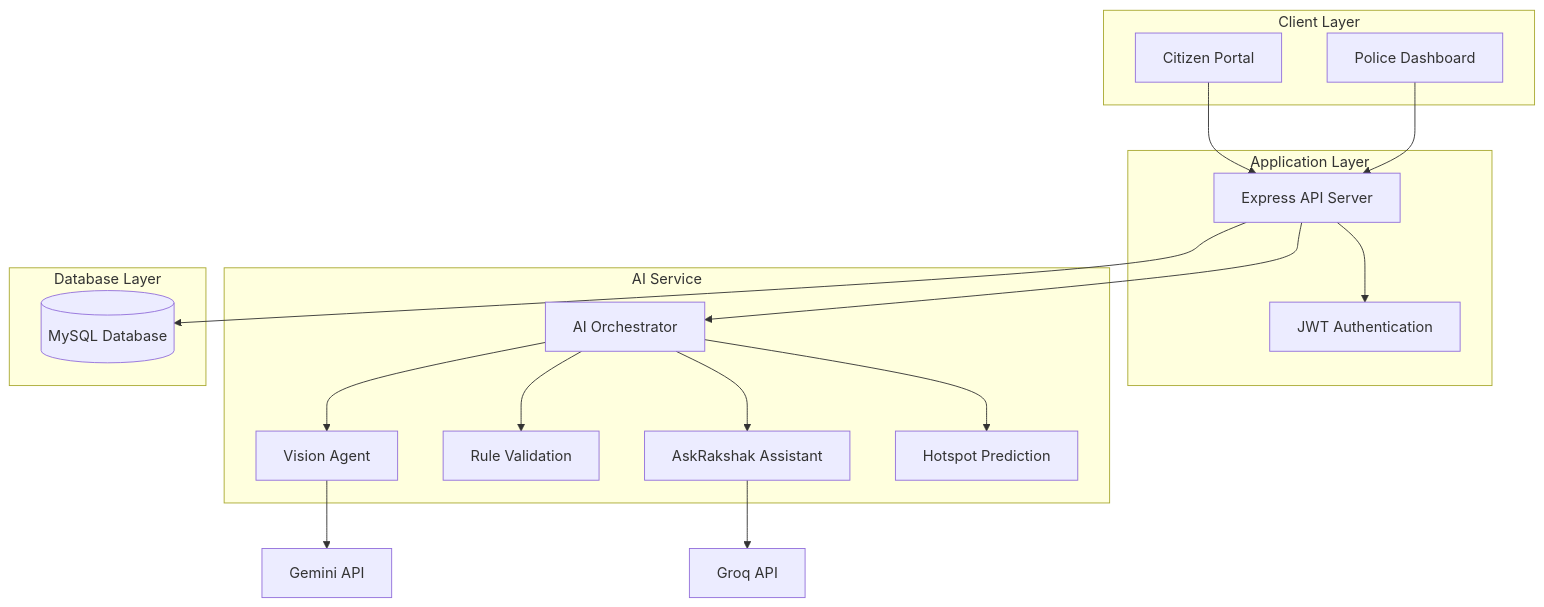
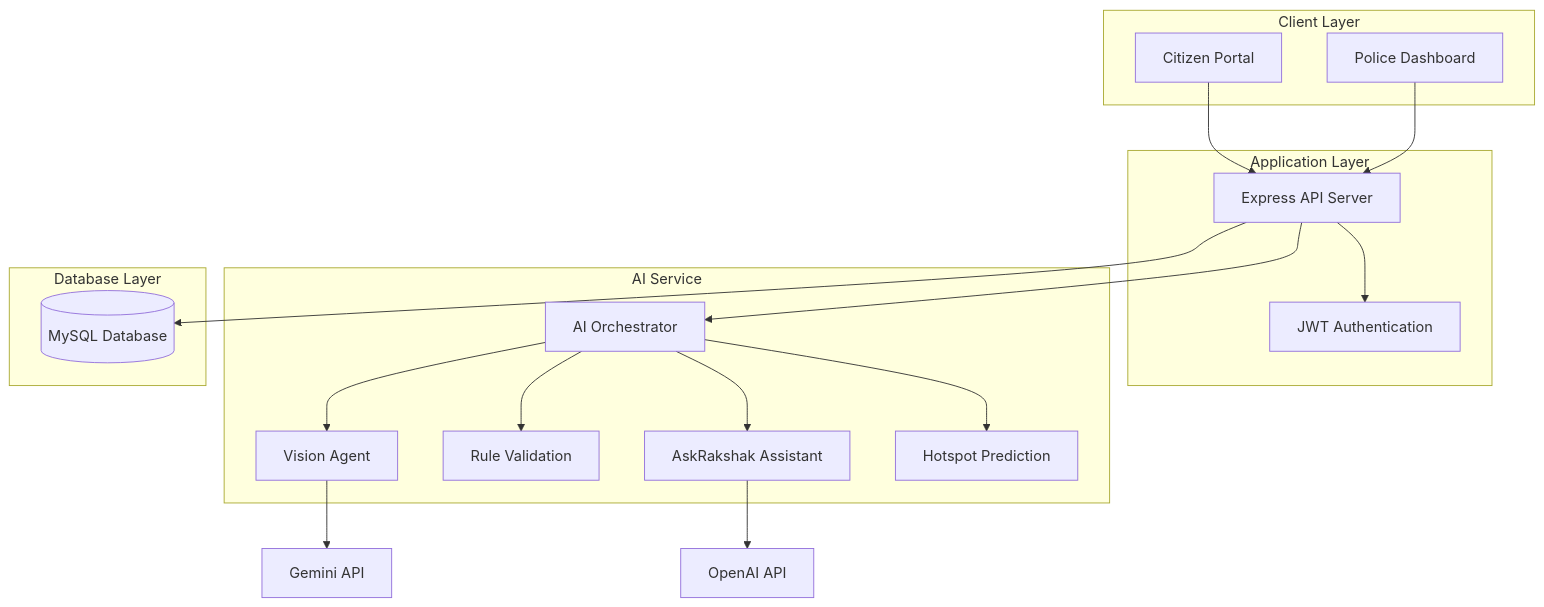
The first of 3 diagrams in README.md (yuvanvishnupandi/margarakshak), drawn with Mermaid before and after one commit. The commit also changed other lines of this file, not shown here.

````diff
--- a/README.md
+++ b/README.md
@@ -34,40 +148,40 @@
 ```mermaid
 graph TD
 
 subgraph Client["Client Layer"]
 Citizen[Citizen Portal]
 Police[Police Dashboard]
 end
 
 subgraph Server["Application Layer"]
 API[Express API Server]
 AUTH[JWT Authentication]
 end
 
 subgraph AI["AI Service"]
 ORCH[AI Orchestrator]
 VISION[Vision Agent]
 RULE[Rule Validation]
 CHATBOT[AskRakshak Assistant]
 HOTSPOT[Hotspot Prediction]
 end
 
 subgraph Database["Database Layer"]
 MYSQL[(MySQL Database)]
 end
 
 Citizen --> API
 Police --> API
 
 API --> AUTH
 API --> MYSQL
 API --> ORCH
 
 ORCH --> VISION
 ORCH --> RULE
 ORCH --> CHATBOT
 ORCH --> HOTSPOT
 
 VISION --> GeminiAPI[Gemini API]
-CHATBOT --> GroqAPI[Groq API]
+CHATBOT --> OpenAIAPI[OpenAI API]
 ```
````
